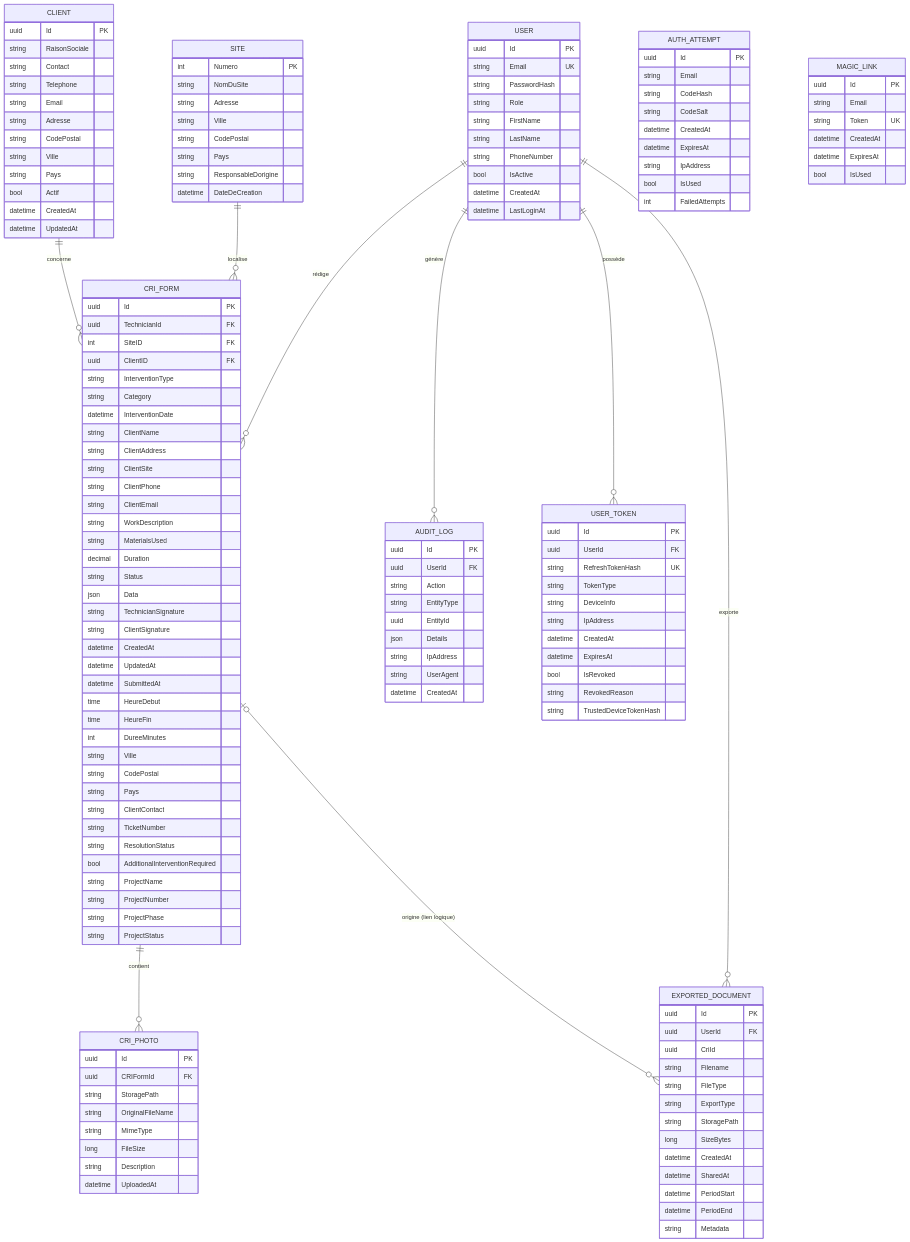
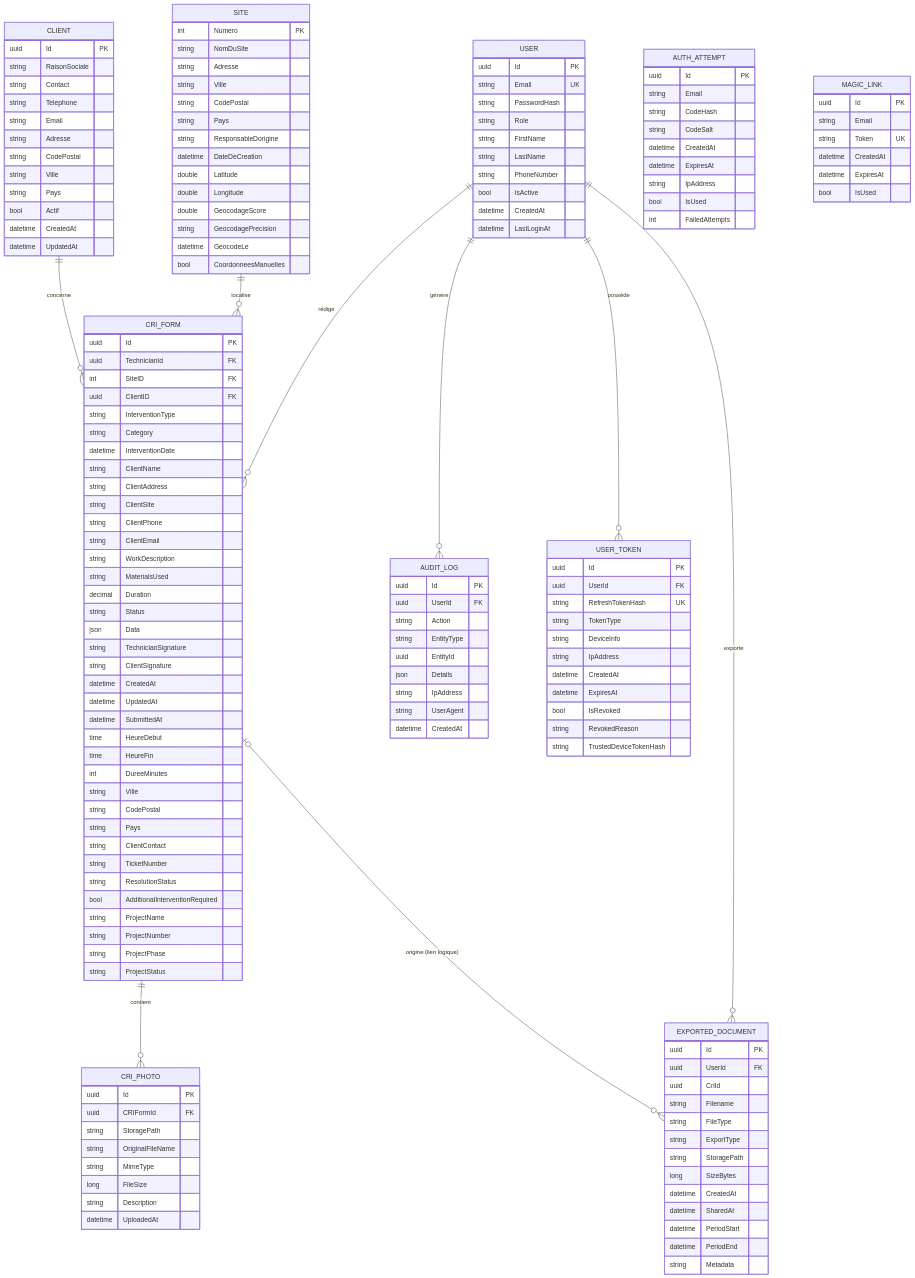
Before and after one commit to DASHNOV/CRI-Novadis: the diagram in docs/database-mcd-mld.md, drawn with Mermaid. The commit also changed other lines of this file and 20 other files, not shown here.

```diff
--- a/docs/database-mcd-mld.md
+++ b/docs/database-mcd-mld.md
@@ -91,6 +91,12 @@
         string Pays
         string ResponsableDorigine
         datetime DateDeCreation
+        double Latitude
+        double Longitude
+        double GeocodageScore
+        string GeocodagePrecision
+        datetime GeocodeLe
+        bool CoordonneesManuelles
     }
 
     CLIENT {
```
